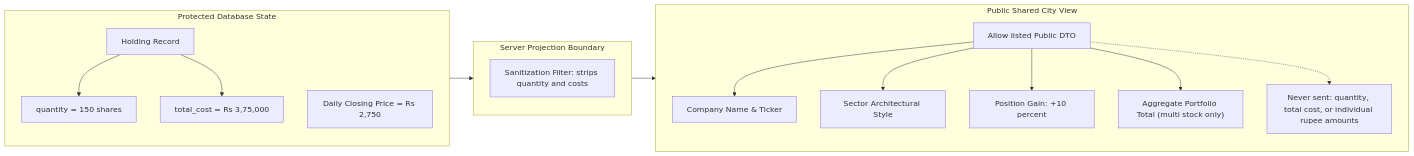
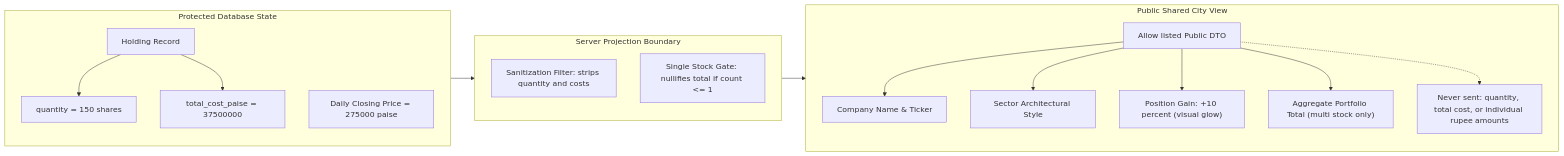
One commit to shubhamxdd/sto-viz changed the third of 4 diagrams in foliocity-data-model-diagrams.md. Above: the diagram before and after it, drawn with Mermaid. The commit also changed other lines of this file and 1 other file, not shown here.

Commit message:
docs(spec): implement native integer paise storage, primary listing transaction rule, and single-stock privacy gate

````diff
--- a/foliocity-data-model-diagrams.md
+++ b/foliocity-data-model-diagrams.md
@@ -114,25 +114,26 @@
 ```mermaid
 flowchart LR
     subgraph PrivateDatabase["Protected Database State"]
         H["Holding Record"]
         H --> Q["quantity = 150 shares"]
-        H --> C["total_cost = Rs 3,75,000"]
-        DP["Daily Closing Price = Rs 2,750"]
+        H --> C["total_cost_paise = 37500000"]
+        DP["Daily Closing Price = 275000 paise"]
     end
 
     subgraph SecurityBoundary["Server Projection Boundary"]
         Filter["Sanitization Filter: strips quantity and costs"]
+        SingleCheck["Single Stock Gate: nullifies total if count <= 1"]
     end
 
     subgraph PublicView["Public Shared City View"]
         DTO["Allow listed Public DTO"]
         DTO --> SName["Company Name & Ticker"]
         DTO --> SSector["Sector Architectural Style"]
-        DTO --> SPct["Position Gain: +10 percent"]
+        DTO --> SPct["Position Gain: +10 percent (visual glow)"]
         DTO --> STotal["Aggregate Portfolio Total (multi stock only)"]
         DTO -.-> Blocked["Never sent: quantity, total cost, or individual rupee amounts"]
     end
 
     PrivateDatabase --> SecurityBoundary
     SecurityBoundary --> PublicView
 ```
````
